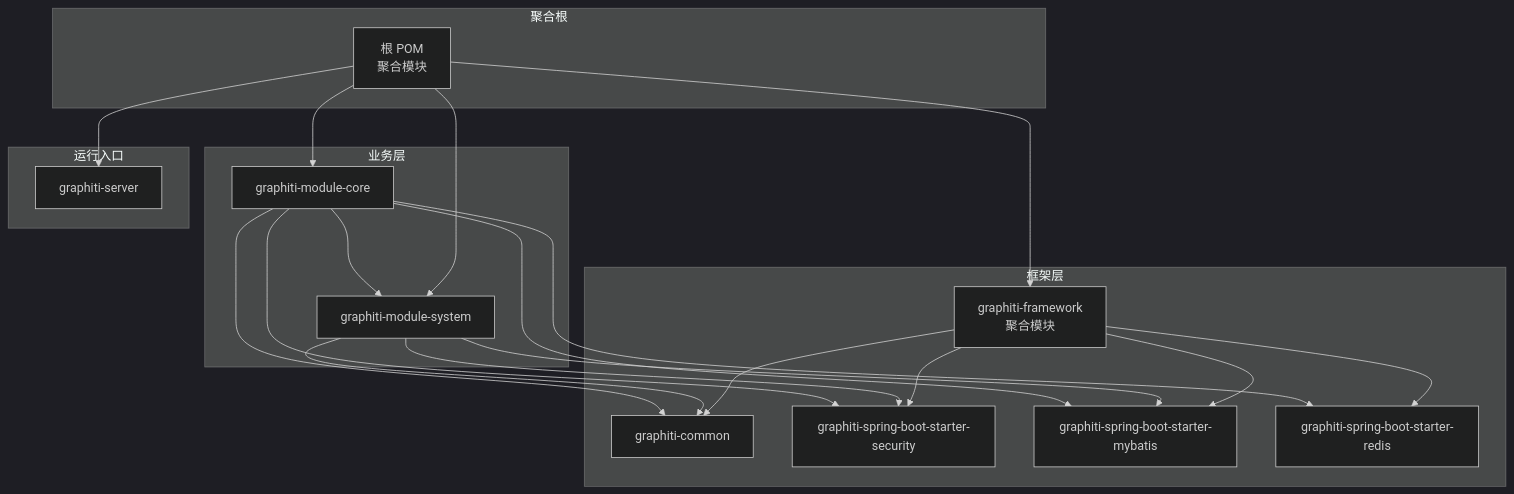
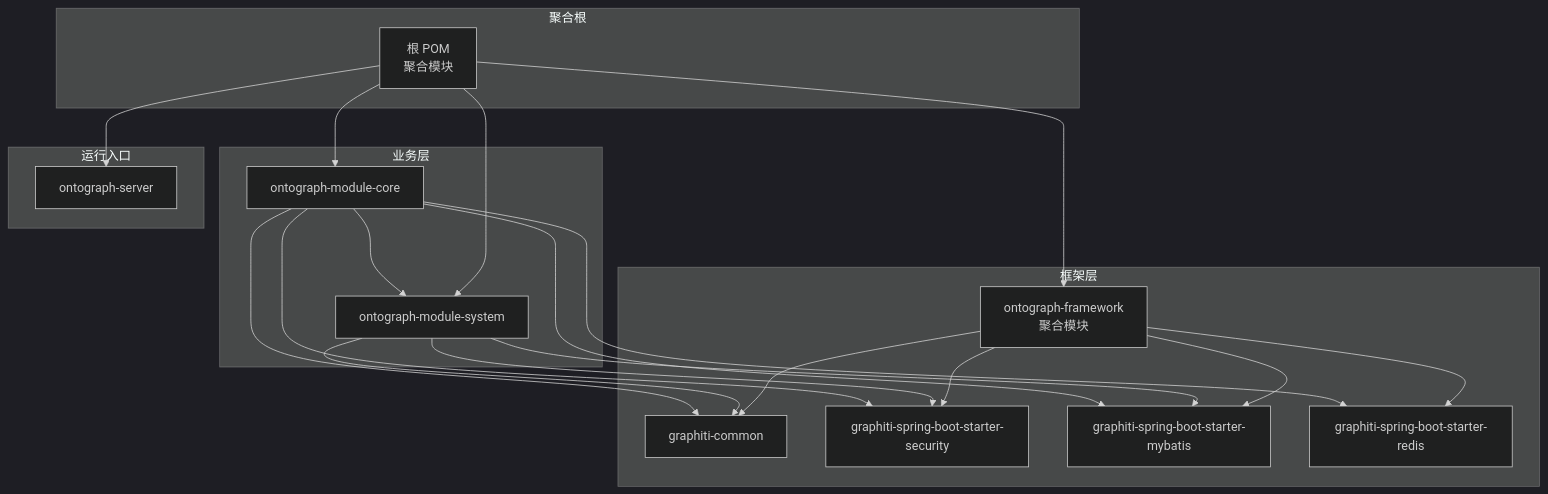
Before and after one commit to joezxh/graphiti-java: the first of 7 diagrams in docs/manual/架构设计/架构设计.md, drawn with Mermaid (dark theme). The commit also changed other lines of this file and 200 other files, not shown here.

````diff
--- a/docs/manual/架构设计/架构设计.md
+++ b/docs/manual/架构设计/架构设计.md
@@ -46,36 +46,36 @@
 ```mermaid
 graph TB
 subgraph "聚合根"
 ROOT["根 POM<br/>聚合模块"]
 end
 subgraph "框架层"
 COMMON["graphiti-common"]
 SEC["graphiti-spring-boot-starter-security"]
 MYB["graphiti-spring-boot-starter-mybatis"]
 REDIS["graphiti-spring-boot-starter-redis"]
-FRAMEWORK["graphiti-framework<br/>聚合模块"]
+FRAMEWORK["ontograph-framework<br/>聚合模块"]
 end
 subgraph "业务层"
-SYS["graphiti-module-system"]
-CORE["graphiti-module-core"]
+SYS["ontograph-module-system"]
+CORE["ontograph-module-core"]
 end
 subgraph "运行入口"
-SERVER["graphiti-server"]
+SERVER["ontograph-server"]
 end
 ROOT --> FRAMEWORK
 ROOT --> SYS
 ROOT --> CORE
 ROOT --> SERVER
 FRAMEWORK --> COMMON
 FRAMEWORK --> SEC
 FRAMEWORK --> MYB
 FRAMEWORK --> REDIS
 SYS --> COMMON
 SYS --> SEC
 SYS --> MYB
 CORE --> SYS
 CORE --> COMMON
 CORE --> SEC
 CORE --> MYB
 CORE --> REDIS
 ```
````
